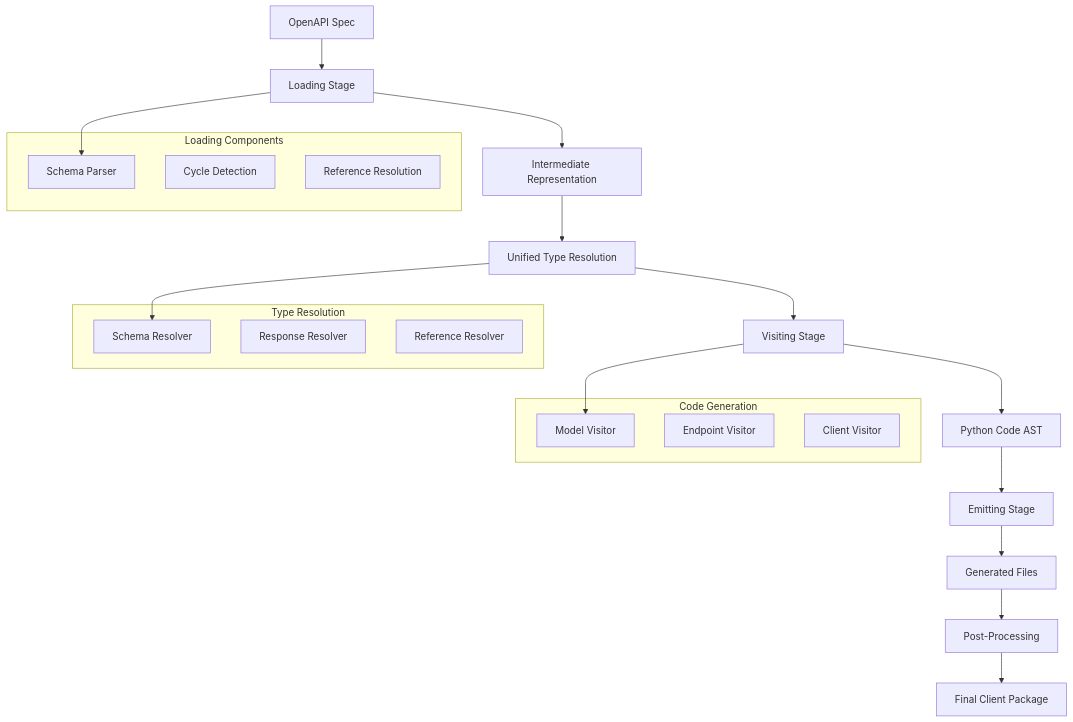
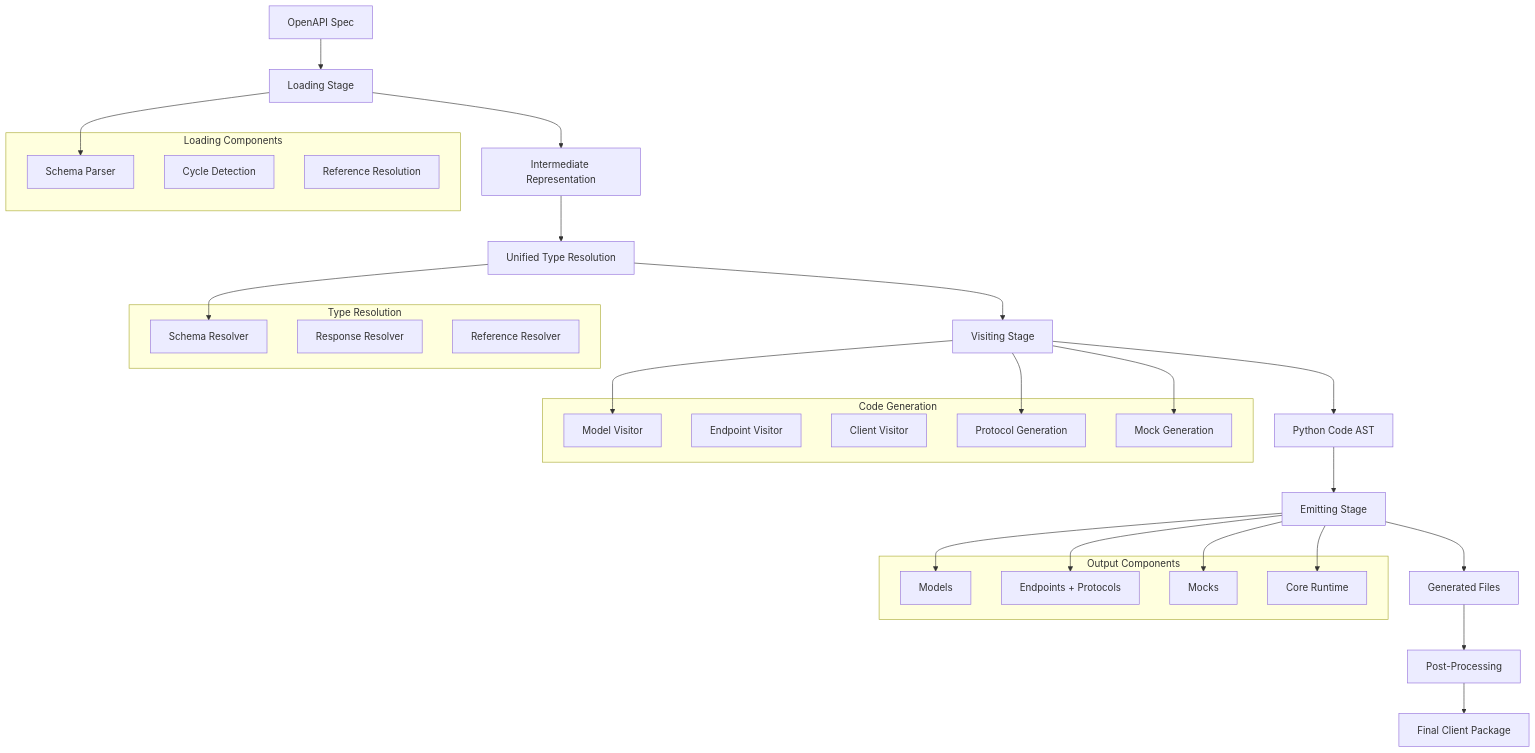
The diagram in docs/architecture.md (mindhiveoy/pyopenapi_gen), drawn with Mermaid before and after one commit. The commit also changed other lines of this file and 3 other files, not shown here.

First line of the commit message:
docs(architecture): update docs for Protocol and Mock generation

````diff
--- a/docs/architecture.md
+++ b/docs/architecture.md
@@ -19,34 +19,49 @@
 ```mermaid
 graph TD
     A[OpenAPI Spec] --> B[Loading Stage]
     B --> C[Intermediate Representation]
     C --> D[Unified Type Resolution]
     D --> E[Visiting Stage]
     E --> F[Python Code AST]
     F --> G[Emitting Stage]
     G --> H[Generated Files]
     H --> I[Post-Processing]
     I --> J[Final Client Package]
     
     subgraph "Loading Components"
         K[Schema Parser]
         L[Cycle Detection]
         M[Reference Resolution]
     end
     
     subgraph "Type Resolution"
         N[Schema Resolver]
         O[Response Resolver]
         P[Reference Resolver]
     end
     
     subgraph "Code Generation"
         Q[Model Visitor]
         R[Endpoint Visitor]
         S[Client Visitor]
+        T[Protocol Generation]
+        U[Mock Generation]
     end
-    
+
+    subgraph "Output Components"
+        V[Models]
+        W[Endpoints + Protocols]
+        X[Mocks]
+        Y[Core Runtime]
+    end
+
     B --> K
     D --> N
     E --> Q
+    E --> T
+    E --> U
+    G --> V
+    G --> W
+    G --> X
+    G --> Y
 ```
````
